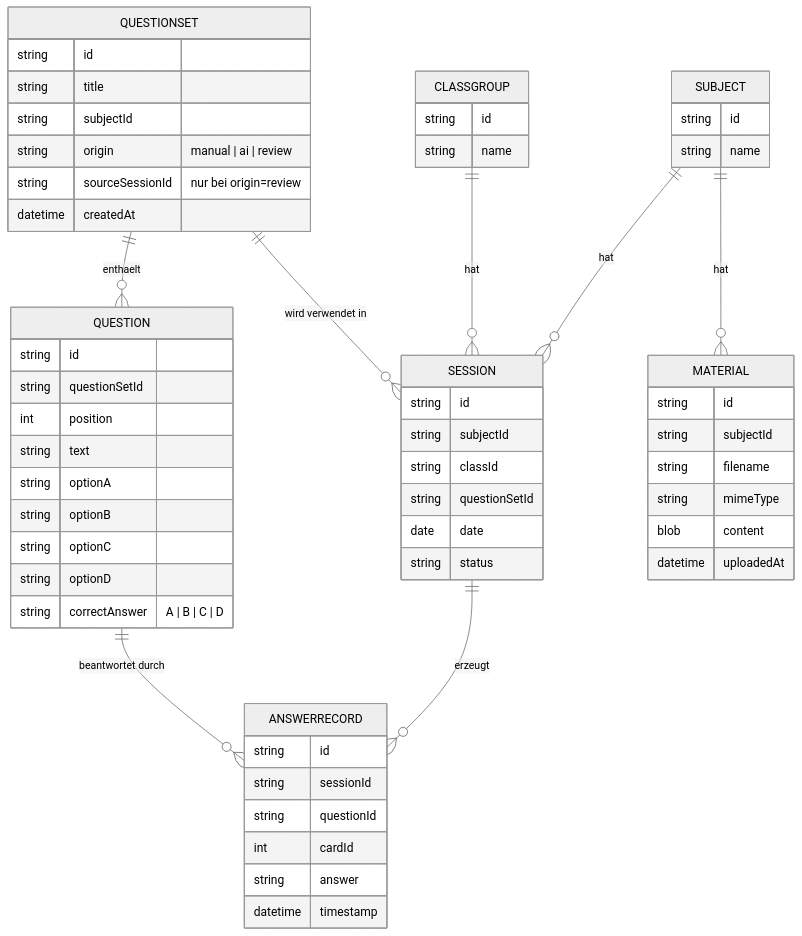
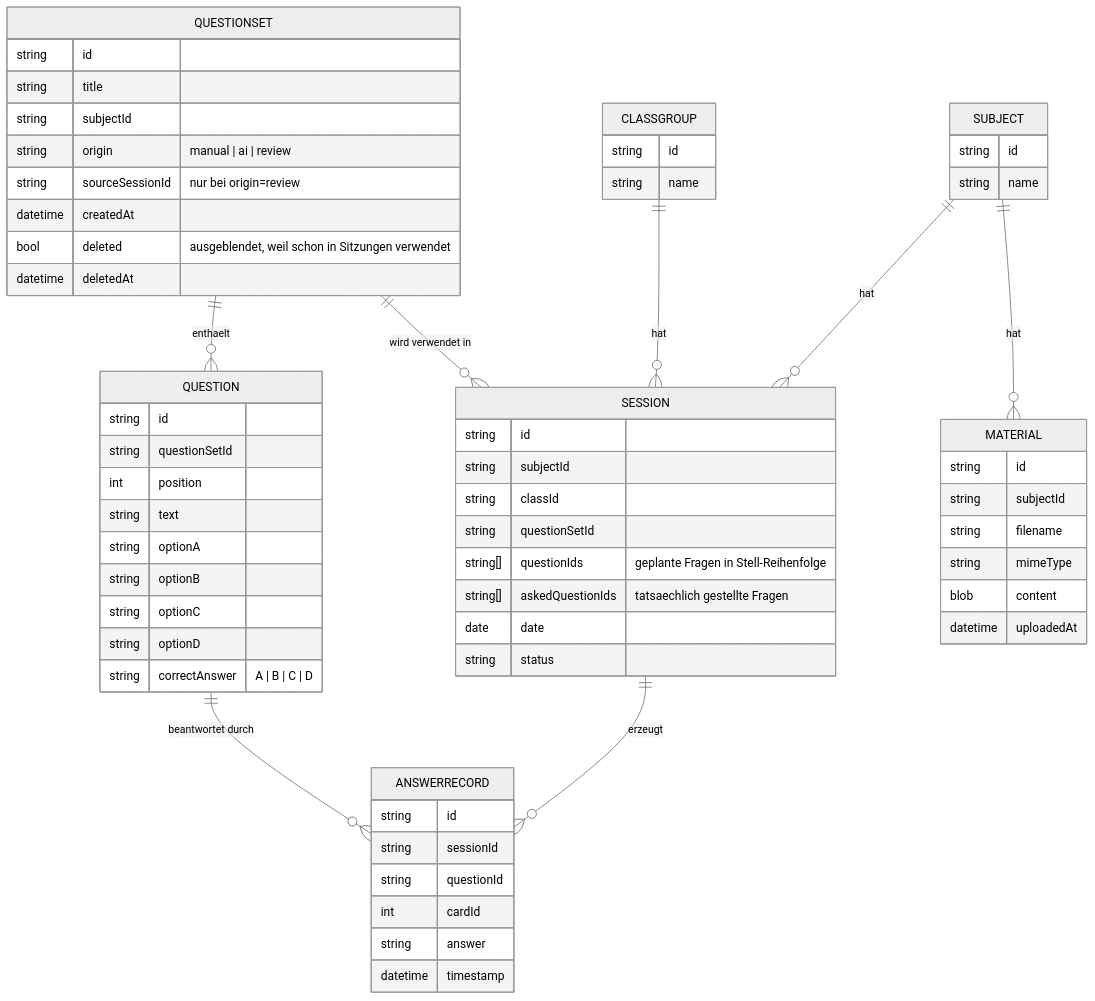
One commit to cndrbrbr/NoNameQuiz changed the first of 2 diagrams in architecture.md. Above: the diagram before and after it, drawn with Mermaid (neutral theme). The commit also changed other lines of this file and 4 other files, not shown here.

````diff
--- a/architecture.md
+++ b/architecture.md
@@ -140,62 +144,66 @@
 ```mermaid
 erDiagram
     SUBJECT ||--o{ SESSION : "hat"
     CLASSGROUP ||--o{ SESSION : "hat"
     QUESTIONSET ||--o{ QUESTION : "enthaelt"
     QUESTIONSET ||--o{ SESSION : "wird verwendet in"
     SESSION ||--o{ ANSWERRECORD : "erzeugt"
     QUESTION ||--o{ ANSWERRECORD : "beantwortet durch"
     SUBJECT ||--o{ MATERIAL : "hat"
 
     SUBJECT {
         string id
         string name
     }
     MATERIAL {
         string id
         string subjectId
         string filename
         string mimeType
         blob content
         datetime uploadedAt
     }
     CLASSGROUP {
         string id
         string name
     }
     QUESTIONSET {
         string id
         string title
         string subjectId
         string origin "manual | ai | review"
         string sourceSessionId "nur bei origin=review"
         datetime createdAt
+        bool deleted "ausgeblendet, weil schon in Sitzungen verwendet"
+        datetime deletedAt
     }
     QUESTION {
         string id
         string questionSetId
         int position
         string text
         string optionA
         string optionB
         string optionC
         string optionD
         string correctAnswer "A | B | C | D"
     }
     SESSION {
         string id
         string subjectId
         string classId
         string questionSetId
+        string[] questionIds "geplante Fragen in Stell-Reihenfolge"
+        string[] askedQuestionIds "tatsaechlich gestellte Fragen"
         date date
         string status
     }
     ANSWERRECORD {
         string id
         string sessionId
         string questionId
         int cardId
         string answer
         datetime timestamp
     }
 ```
````
